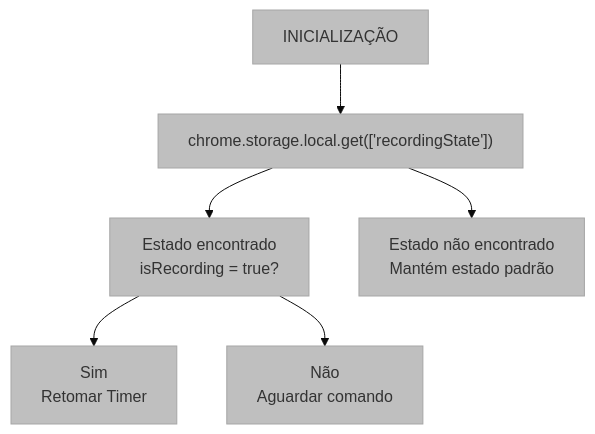
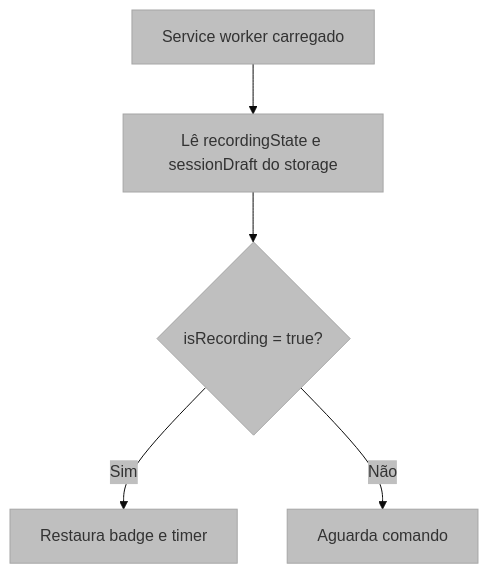
The second of 3 diagrams in docs/02-service-worker.md (marcus-v-rodrigues/ux-auditor-extension), drawn with Mermaid before and after one commit. The commit also changed other lines of this file and 7 other files, not shown here.

````diff
--- a/docs/02-service-worker.md
+++ b/docs/02-service-worker.md
@@ -63,16 +55,13 @@
 ```mermaid
 %%{init: {'theme': 'base', 'themeVariables': { 'primaryColor': '#bfbfbf', 'edgeColor': '#5d5d5d' }, "flowchart": {"subGraphTitleMargin": {"bottom": 30}}}}%%
 flowchart TD
-    A["INICIALIZAÇÃO"]
-    B["chrome.storage.local.get(['recordingState'])"]
-    C["Estado encontrado\nisRecording = true?"]
-    D["Estado não encontrado\nMantém estado padrão"]
-    E["Sim\nRetomar Timer"]
-    F["Não\nAguardar comando"]
-    
-    A --> B
-    B --> C
-    B --> D
-    C --> E
-    C --> F
+    A["Service worker carregado"]
+    B["Lê recordingState e sessionDraft do storage"]
+    C{"isRecording = true?"}
+    D["Restaura badge e timer"]
+    E["Aguarda comando"]
+
+    A --> B --> C
+    C -- Sim --> D
+    C -- Não --> E
 ```
````
